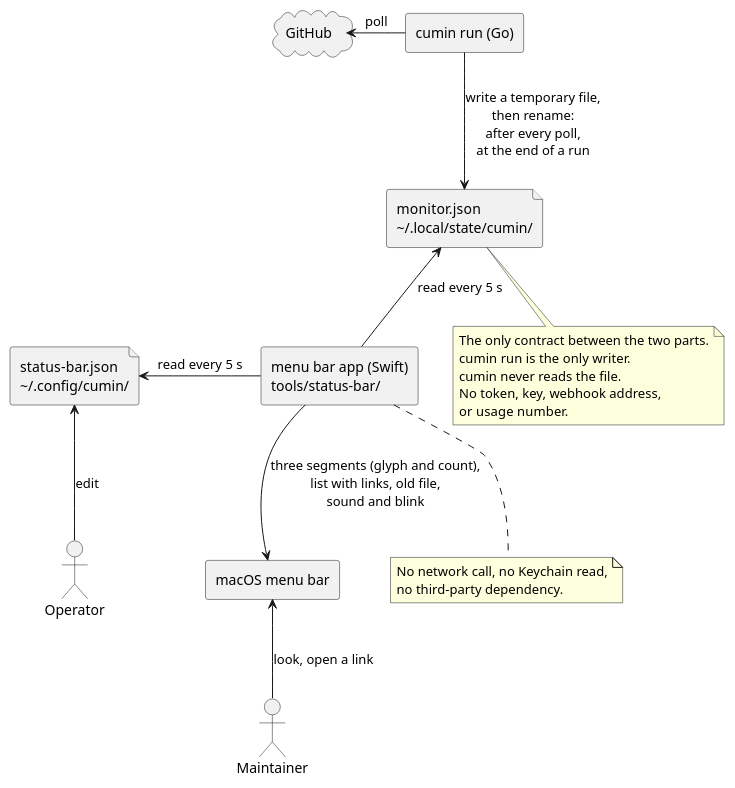
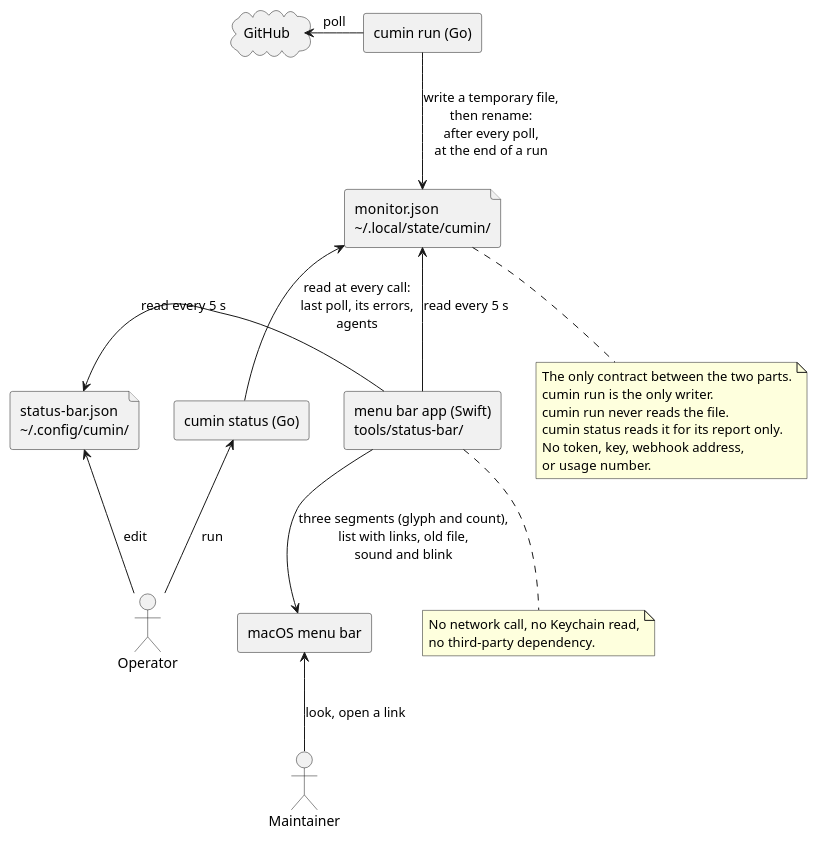
One commit to cloveclovedev/cumin-works changed the diagram in docs/ja/designs/status-menu-bar.puml. Above: the diagram before and after it, drawn with PlantUML. The commit also changed 13 other files, not shown here.

First line of the commit message:
feat(status): show the last poll and the agents that cumin holds in cumin status (#762)

```diff
--- a/docs/ja/designs/status-menu-bar.puml
+++ b/docs/ja/designs/status-menu-bar.puml
@@ -1,38 +1,42 @@
 @startuml status-menu-bar
-' cumin works - the monitor file and the menu bar app: cumin run writes the file, the app only reads it.
+' cumin works - the monitor file and the menu bar app: cumin run writes the file, the app and cumin status only read it.
 ' Document: status-menu-bar.md, topic on the two parts and the contract.
 ' Render: run scripts/render-diagrams.sh at the root of the repository.
 skinparam shadowing false
 skinparam defaultFontName sans-serif
 
 actor Maintainer
 actor Operator
 cloud "GitHub" as github
 
 rectangle "cumin run (Go)" as run
 file "monitor.json\n&#126;/.local/state/cumin/" as status
 file "status-bar.json\n&#126;/.config/cumin/" as config
 rectangle "menu bar app (Swift)\ntools/status-bar/" as app
 rectangle "macOS menu bar" as bar
+rectangle "cumin status (Go)" as statuscmd
 
 run -left-> github : poll
 run --> status : write a temporary file,\nthen rename:\nafter every poll,\nat the end of a run
 app -up-> status : read every 5 s
+statuscmd -up-> status : read at every call:\nlast poll, its errors,\nagents
+Operator -up-> statuscmd : run
 app -left-> config : read every 5 s
 app --> bar : three segments (glyph and count),\nlist with links, old file,\nsound and blink
 Maintainer -up-> bar : look, open a link
 Operator -up-> config : edit
 
 note bottom of status
   The only contract between the two parts.
   cumin run is the only writer.
-  cumin never reads the file.
+  cumin run never reads the file.
+  cumin status reads it for its report only.
   No token, key, webhook address,
   or usage number.
 end note
 
 note bottom of app
   No network call, no Keychain read,
   no third-party dependency.
 end note
 @enduml
```
